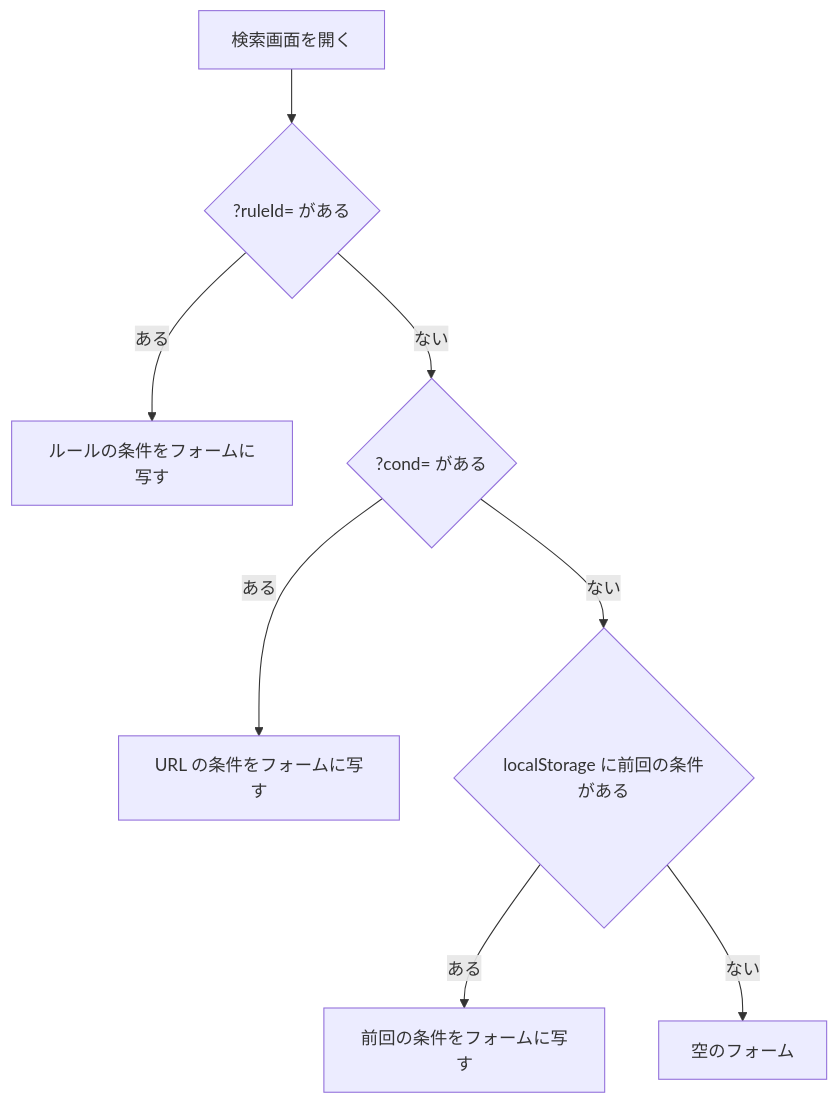
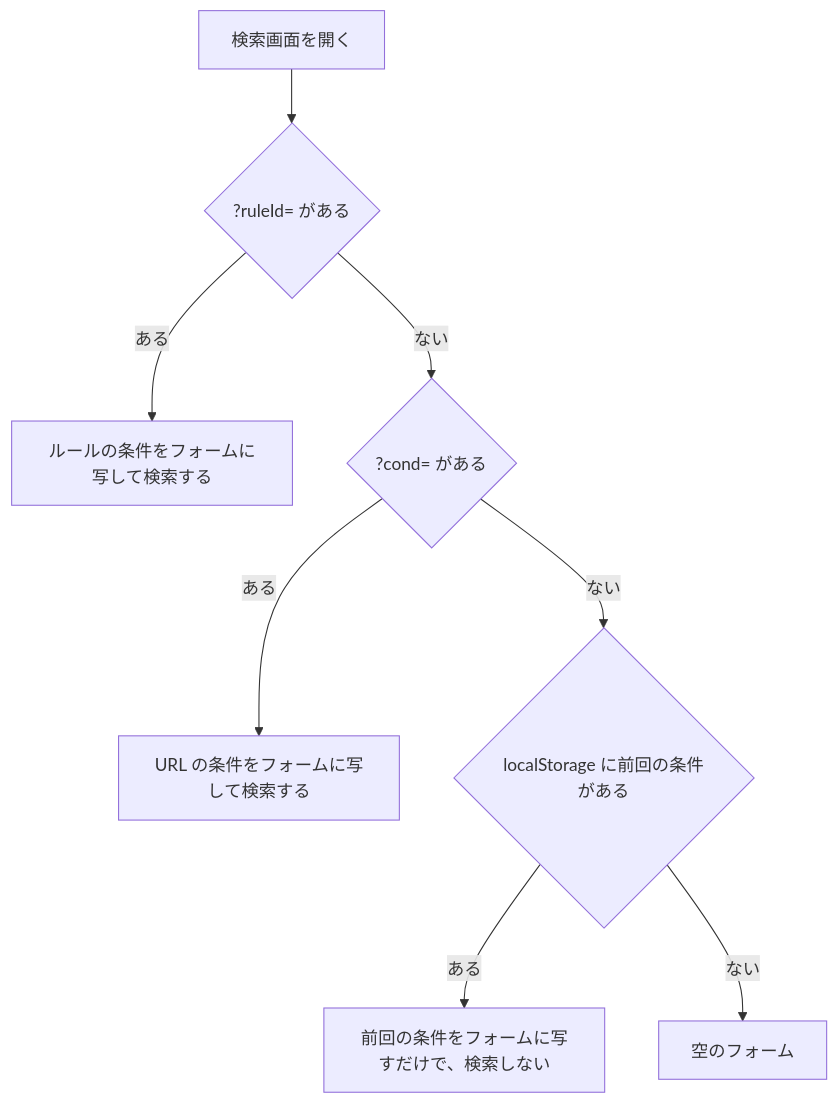
The diagram in docs/frontend/design.md (fetburner/rokuban), drawn with Mermaid before and after one commit. The commit also changed other lines of this file and 8 other files, not shown here.

````diff
--- a/docs/frontend/design.md
+++ b/docs/frontend/design.md
@@ -673,10 +673,10 @@
 ```mermaid
 flowchart TD
   A["検索画面を開く"] --> B{"?ruleId= がある"}
-  B -- ある --> R["ルールの条件をフォームに写す"]
+  B -- ある --> R["ルールの条件をフォームに写して検索する"]
   B -- ない --> C{"?cond= がある"}
-  C -- ある --> U["URL の条件をフォームに写す"]
+  C -- ある --> U["URL の条件をフォームに写して検索する"]
   C -- ない --> D{"localStorage に前回の条件がある"}
-  D -- ある --> L["前回の条件をフォームに写す"]
+  D -- ある --> L["前回の条件をフォームに写すだけで、検索しない"]
   D -- ない --> E["空のフォーム"]
 ```
````
